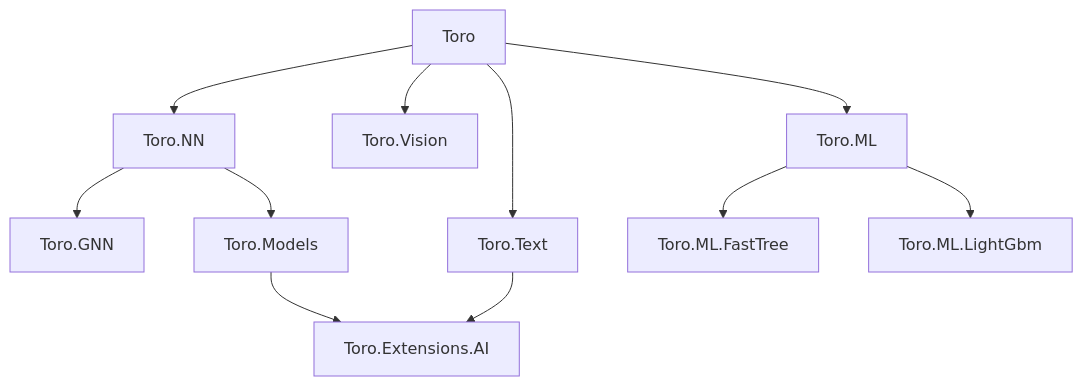
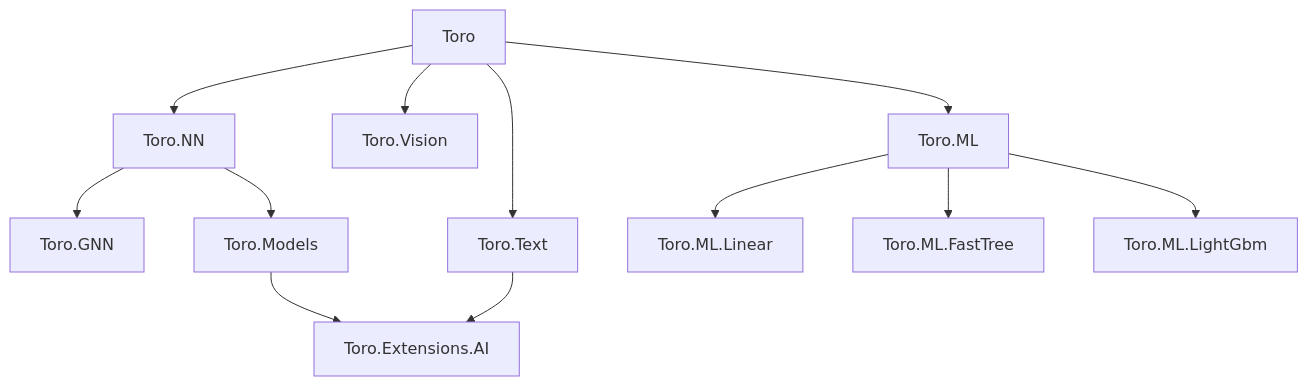
One commit to toro-ml/toro changed the diagram in CODEMAP.md. Above: the diagram before and after it, drawn with Mermaid. The commit also changed other lines of this file and 9 other files, not shown here.

````diff
--- a/CODEMAP.md
+++ b/CODEMAP.md
@@ -9,13 +9,14 @@
 ```mermaid
 flowchart TD
     Toro --> Toro.NN
     Toro --> Toro.Vision
     Toro --> Toro.Text
     Toro --> Toro.ML
+    Toro.ML --> Toro.ML.Linear
     Toro.ML --> Toro.ML.FastTree
     Toro.ML --> Toro.ML.LightGbm
     Toro.NN --> Toro.GNN
     Toro.NN --> Toro.Models
     Toro.Models --> Toro.Extensions.AI
     Toro.Text --> Toro.Extensions.AI
 ```
````
